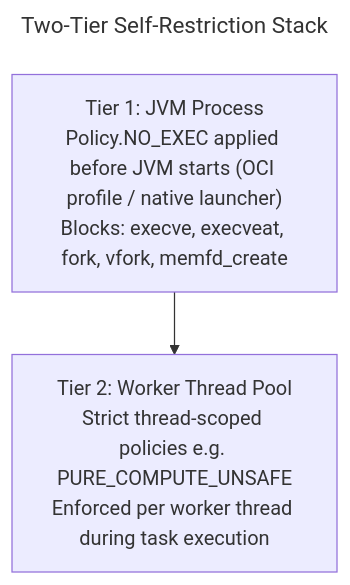
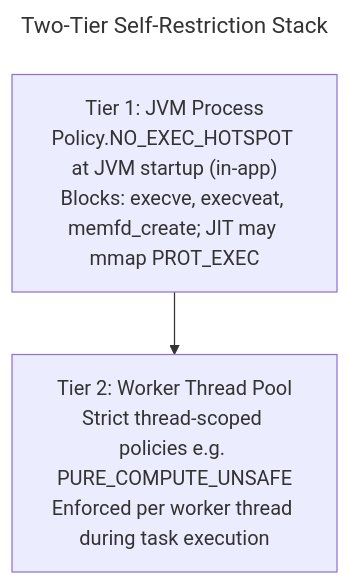
The third of 4 diagrams in docs/presentation/article3-enforcement.md (Pilleo/mazewall), drawn with Mermaid before and after one commit. The commit also changed other lines of this file and 16 other files, not shown here.

First line of the commit message:
Add NO_EXEC_HOTSPOT and stop selling raw NO_EXEC as JIT-safe.

````diff
--- a/docs/presentation/article3-enforcement.md
+++ b/docs/presentation/article3-enforcement.md
@@ -119,9 +119,9 @@
 ```mermaid
 ---
 title: "Two-Tier Self-Restriction Stack"
 ---
 graph TD
-    JVM["Tier 1: JVM Process<br/>Policy.NO_EXEC applied before JVM starts (OCI profile / native launcher)<br/>Blocks: execve, execveat, fork, vfork, memfd_create"]
+    JVM["Tier 1: JVM Process<br/>Policy.NO_EXEC_HOTSPOT at JVM startup (in-app)<br/>Blocks: execve, execveat, memfd_create; JIT may mmap PROT_EXEC"]
     Pool["Tier 2: Worker Thread Pool<br/>Strict thread-scoped policies e.g. PURE_COMPUTE_UNSAFE<br/>Enforced per worker thread during task execution"]
     JVM --> Pool
 ```
````
